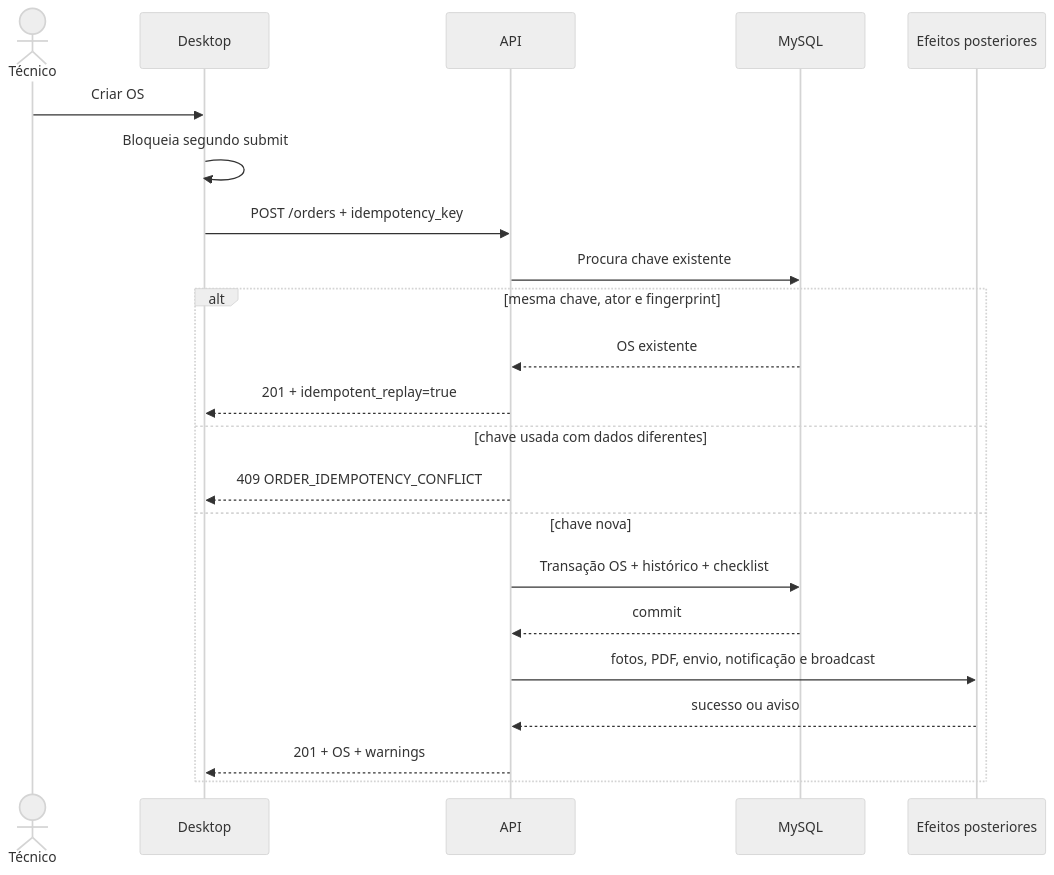
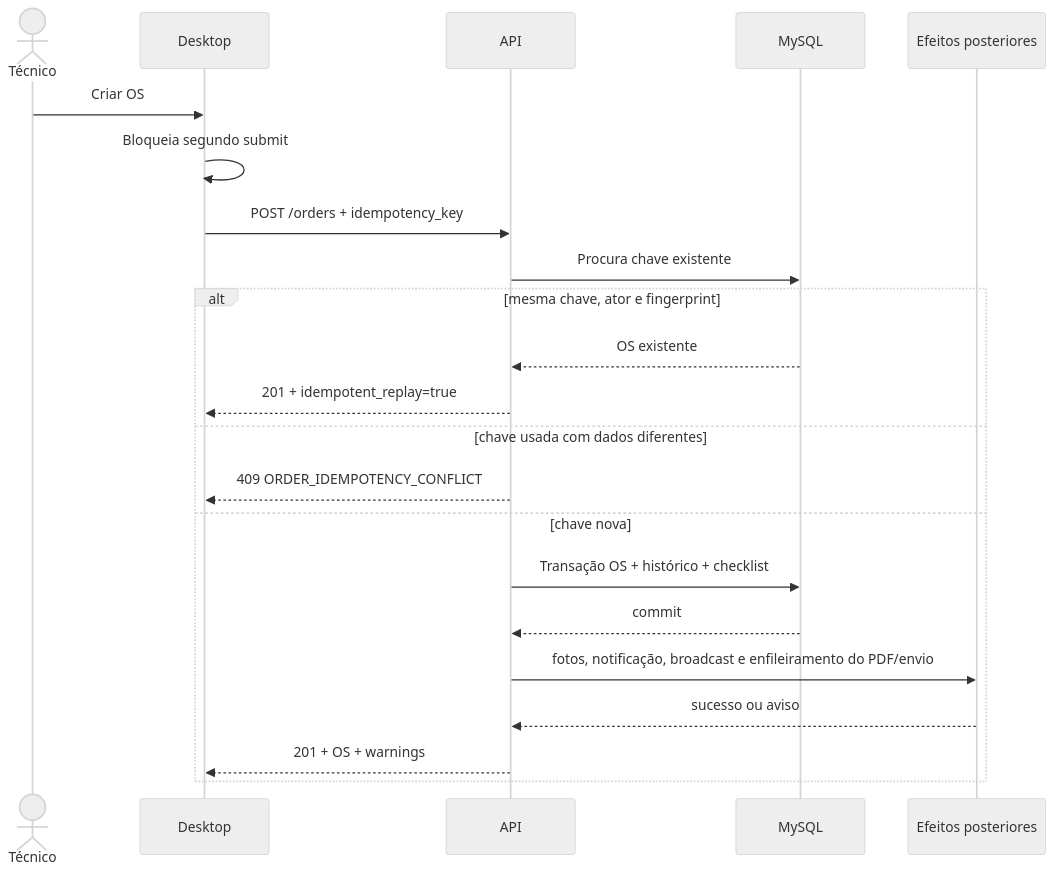
Before and after one commit to jovem-tech/erp: the diagram in documentacao/03-arquitetura-tecnica/idempotencia-criacao-os.md, drawn with Mermaid (neutral theme). The commit also changed other lines of this file and 126 other files, not shown here.

````diff
--- a/documentacao/03-arquitetura-tecnica/idempotencia-criacao-os.md
+++ b/documentacao/03-arquitetura-tecnica/idempotencia-criacao-os.md
@@ -31,25 +31,25 @@
 ```mermaid
 sequenceDiagram
     actor T as Técnico
     participant D as Desktop
     participant A as API
     participant B as MySQL
     participant E as Efeitos posteriores
 
     T->>D: Criar OS
     D->>D: Bloqueia segundo submit
     D->>A: POST /orders + idempotency_key
     A->>B: Procura chave existente
     alt mesma chave, ator e fingerprint
         B-->>A: OS existente
         A-->>D: 201 + idempotent_replay=true
     else chave usada com dados diferentes
         A-->>D: 409 ORDER_IDEMPOTENCY_CONFLICT
     else chave nova
         A->>B: Transação OS + histórico + checklist
         B-->>A: commit
-        A->>E: fotos, PDF, envio, notificação e broadcast
+        A->>E: fotos, notificação, broadcast e enfileiramento do PDF/envio
         E-->>A: sucesso ou aviso
         A-->>D: 201 + OS + warnings
     end
 ```
````
